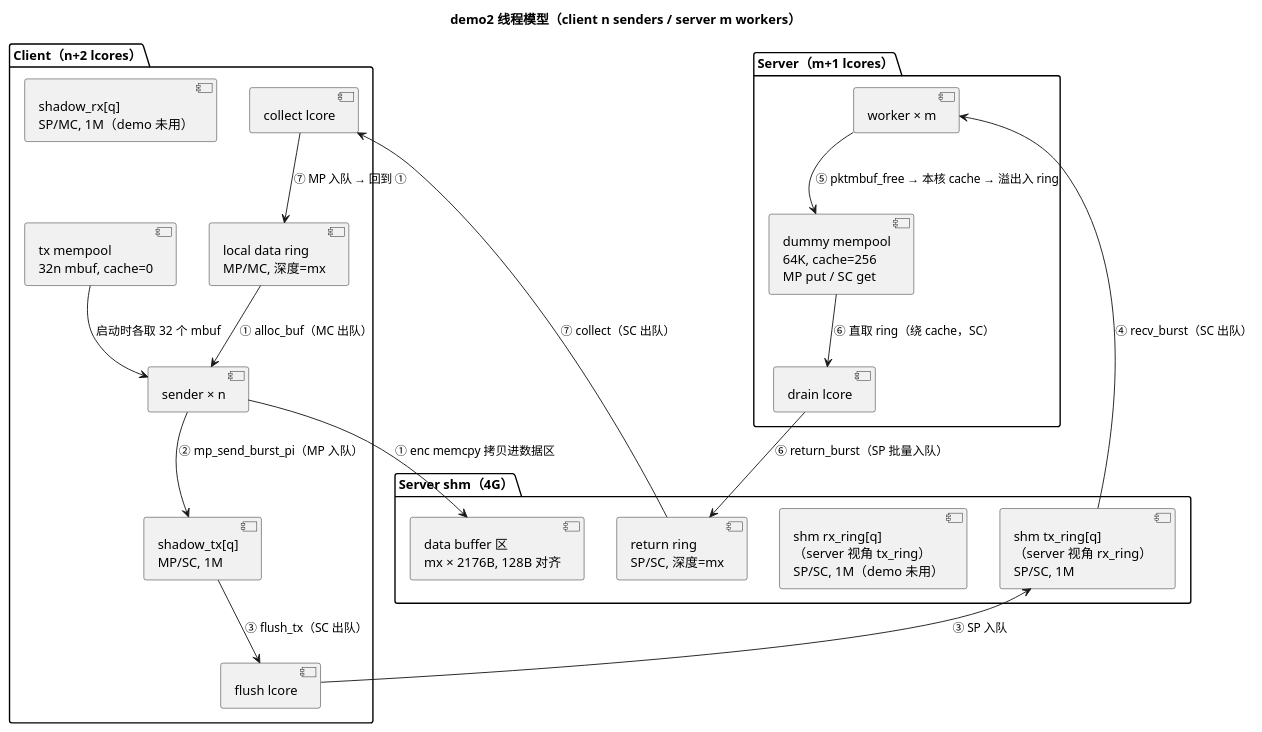
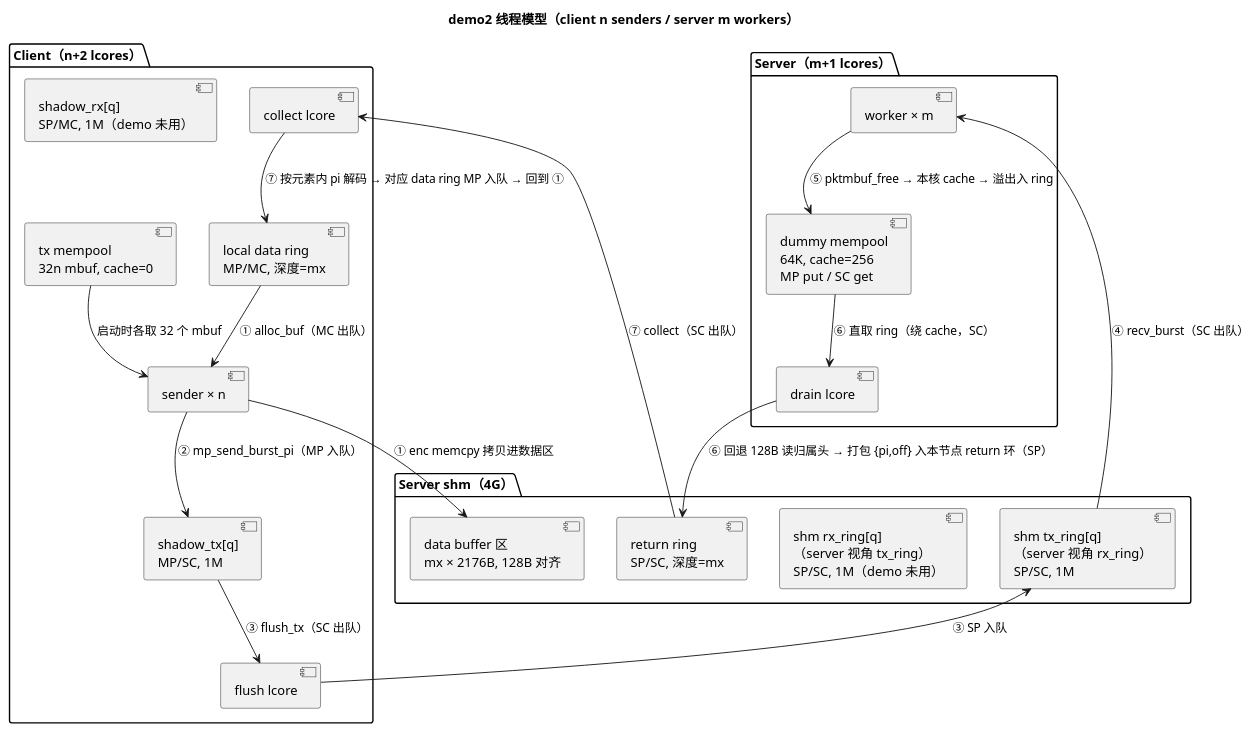
One commit to kunpengcompute/dpdk changed the first of 2 diagrams in demo2/ub_ring_model.md. Above: the diagram before and after it, drawn with PlantUML. The commit also changed other lines of this file and 3 other files, not shown here.

````diff
--- a/demo2/ub_ring_model.md
+++ b/demo2/ub_ring_model.md
@@ -61,41 +61,41 @@
 ```plantuml
 @startuml
 title demo2 线程模型（client n senders / server m workers）
 
 package "Client（n+2 lcores）" {
   component "sender × n" as SND
   component "flush lcore" as FL
   component "collect lcore" as COL
   component "local data ring\nMP/MC, 深度=mx" as LDR
   component "shadow_tx[q]\nMP/SC, 1M" as STX
   component "shadow_rx[q]\nSP/MC, 1M（demo 未用）" as SRX
   component "tx mempool\n32n mbuf, cache=0" as TMP
 }
 
 package "Server shm（4G）" {
   component "shm tx_ring[q]\n（server 视角 rx_ring）\nSP/SC, 1M" as STXR
   component "shm rx_ring[q]\n（server 视角 tx_ring）\nSP/SC, 1M（demo 未用）" as SRXR
   component "return ring\nSP/SC, 深度=mx" as RR
   component "data buffer 区\nmx × 2176B, 128B 对齐" as DB
 }
 
 package "Server（m+1 lcores）" {
   component "worker × m" as WK
   component "drain lcore" as DRN
   component "dummy mempool\n64K, cache=256\nMP put / SC get" as DUM
 }
 
 TMP --> SND : 启动时各取 32 个 mbuf
 LDR --> SND : ① alloc_buf（MC 出队）
 SND --> DB : ① enc memcpy 拷贝进数据区
 SND --> STX : ② mp_send_burst_pi（MP 入队）
 STX --> FL : ③ flush_tx（SC 出队）
 FL --> STXR : ③ SP 入队
 STXR --> WK : ④ recv_burst（SC 出队）
 WK --> DUM : ⑤ pktmbuf_free → 本核 cache → 溢出入 ring
 DUM --> DRN : ⑥ 直取 ring（绕 cache，SC）
-DRN --> RR : ⑥ return_burst（SP 批量入队）
+DRN --> RR : ⑥ 回退 128B 读归属头 → 打包 {pi,off} 入本节点 return 环（SP）
 RR --> COL : ⑦ collect（SC 出队）
-COL --> LDR : ⑦ MP 入队 → 回到 ①
+COL --> LDR : ⑦ 按元素内 pi 解码 → 对应 data ring MP 入队 → 回到 ①
 @enduml
 ```
````
